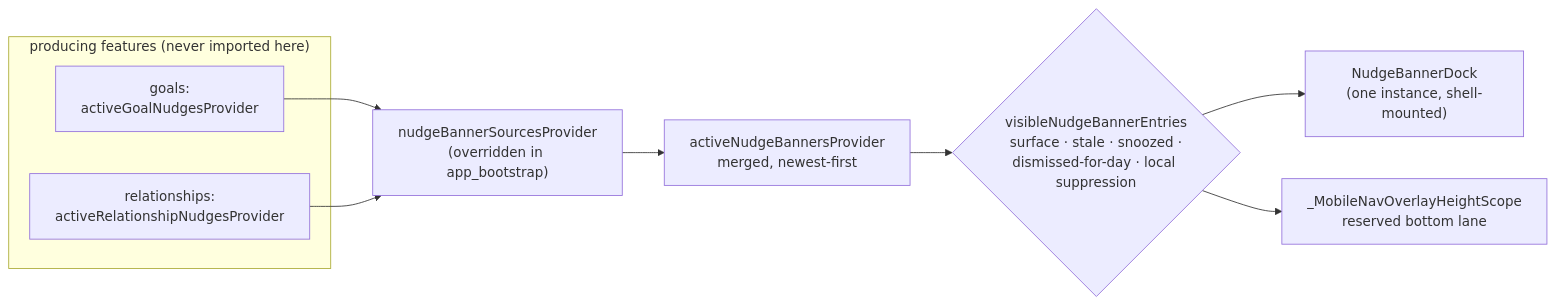
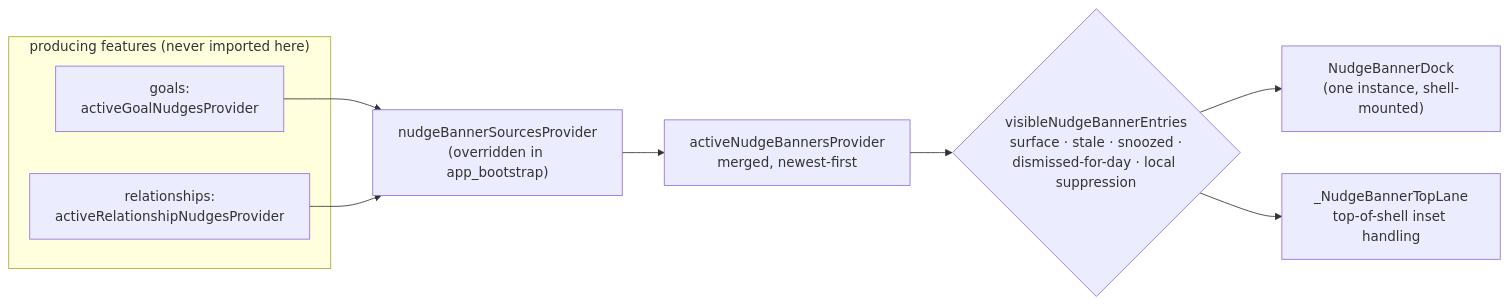
One commit to matthiasn/lotti changed the first of 2 diagrams in knowledge/features/nudges.md. Above: the diagram before and after it, drawn with Mermaid. The commit also changed other lines of this file and 10 other files, not shown here.

````diff
--- a/knowledge/features/nudges.md
+++ b/knowledge/features/nudges.md
@@ -78,14 +82,14 @@
 ```mermaid
 flowchart LR
   subgraph producers["producing features (never imported here)"]
     G["goals:<br/>activeGoalNudgesProvider"]
     R["relationships:<br/>activeRelationshipNudgesProvider"]
   end
   G --> REG
   R --> REG
   REG["nudgeBannerSourcesProvider<br/>(overridden in app_bootstrap)"] --> MERGE
   MERGE["activeNudgeBannersProvider<br/>merged, newest-first"] --> VIS
   VIS{"visibleNudgeBannerEntries<br/>surface · stale · snoozed ·<br/>dismissed-for-day · local suppression"}
   VIS --> DOCK["NudgeBannerDock<br/>(one instance, shell-mounted)"]
-  VIS --> LANE["_MobileNavOverlayHeightScope<br/>reserved bottom lane"]
+  VIS --> LANE["_NudgeBannerTopLane<br/>top-of-shell inset handling"]
 ```
````
